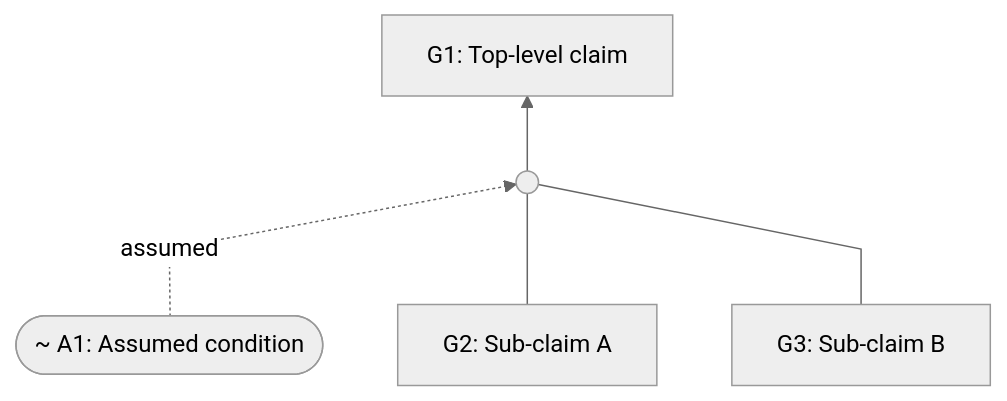
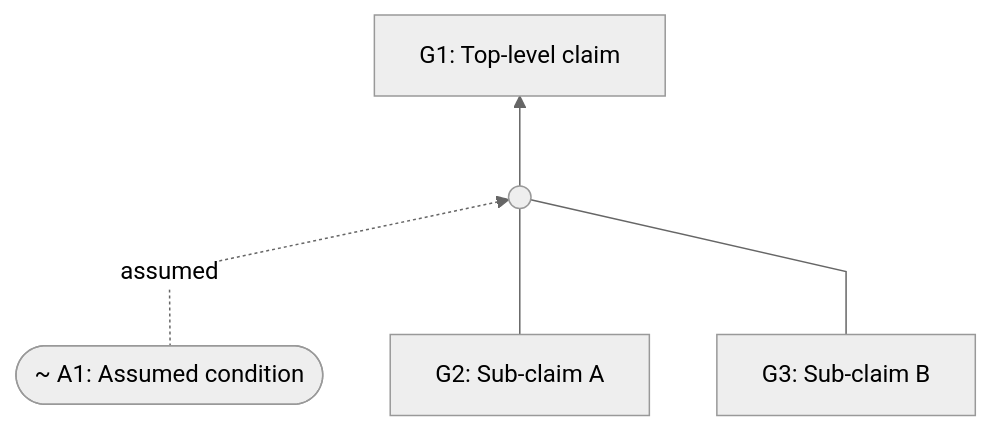
Before and after one commit to coreinfrastructure/best-practices-badge: diagram 18 of 19 in docs/sacm-mermaid.md, drawn with Mermaid. The commit also changed other lines of this file, not shown here.

````diff
--- a/docs/sacm-mermaid.md
+++ b/docs/sacm-mermaid.md
@@ -673,23 +707,23 @@
 ```mermaid
 ---
 config:
   theme: neutral
   flowchart:
     curve: linear
     htmlLabels: true
-    rankSpacing: 50
-    nodeSpacing: 50
+    rankSpacing: 60
+    nodeSpacing: 45
     padding: 15
 ---
 flowchart BT
     G2["G2: Sub-claim A"]
     G3["G3: Sub-claim B"]
     A1(["~ A1: Assumed condition"])
     Inf1((" "))
     G1["G1: Top-level claim"]
 
     A1 -. "assumed" .-> Inf1
     G2 --- Inf1
     G3 --- Inf1
     Inf1 --> G1
 ```
````
